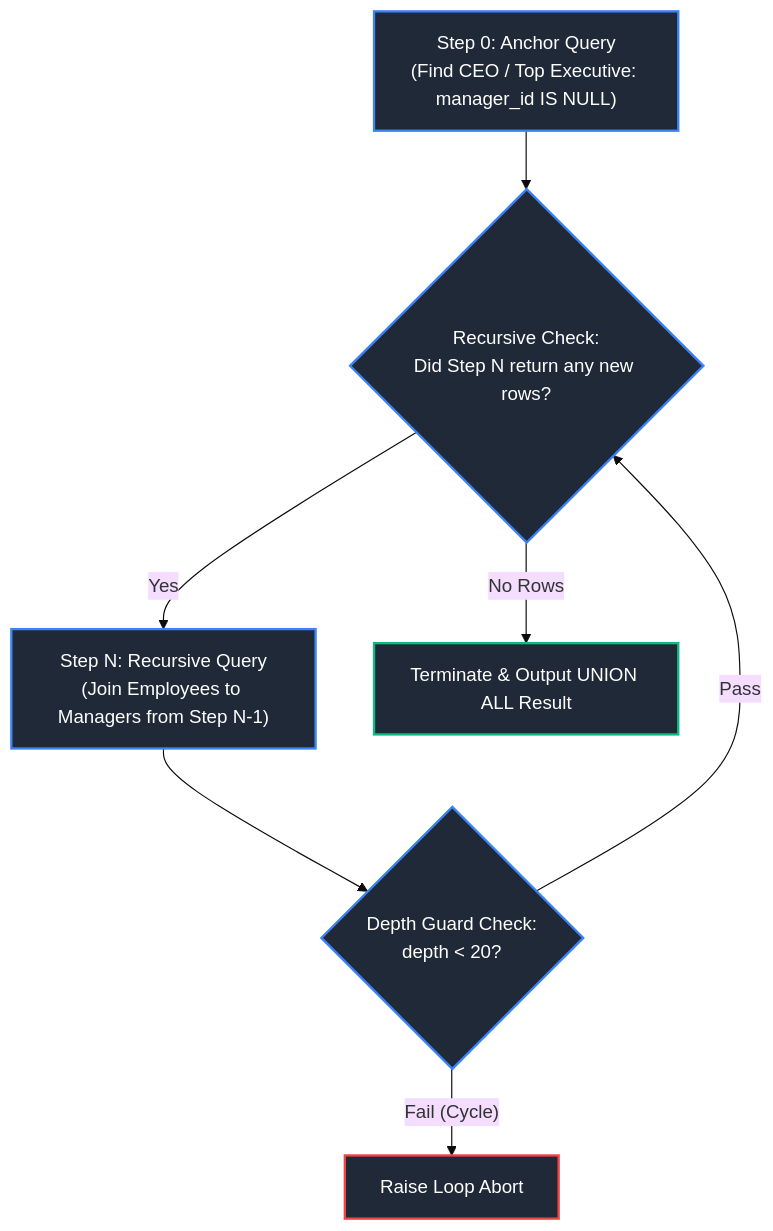
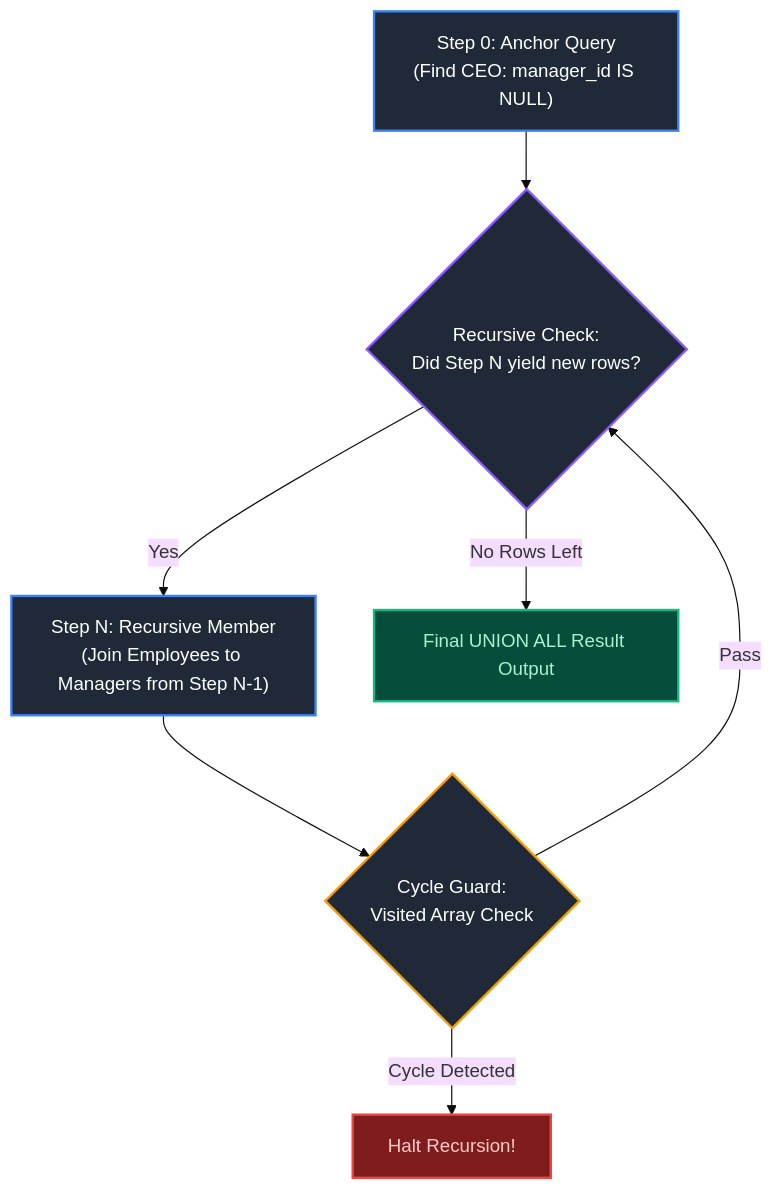
One commit to joydeep-biswas/Interview-Preparation changed the eighth of 12 diagrams in Data Engineering/02_advanced_sql.md. Above: the diagram before and after it, drawn with Mermaid (base theme). The commit also changed other lines of this file and 143 other files, not shown here.

````diff
--- a/Data Engineering/02_advanced_sql.md
+++ b/Data Engineering/02_advanced_sql.md
@@ -509,16 +644,16 @@
 ```mermaid
 flowchart TD
-    Anchor["Step 0: Anchor Query<br/>(Find CEO / Top Executive: manager_id IS NULL)"] --> Loop{"Recursive Check:<br/>Did Step N return any new rows?"}
-    Loop -- Yes --> Rec["Step N: Recursive Query<br/>(Join Employees to Managers from Step N-1)"]
-    Rec --> Depth{"Depth Guard Check:<br/>depth < 20?"}
-    Depth -- Pass --> Loop
-    Depth -- Fail (Cycle) --> Halt["Raise Loop Abort"]
-    Loop -- No Rows --> Output["Terminate & Output UNION ALL Result"]
+    Anchor["Step 0: Anchor Query<br/>(Find CEO: manager_id IS NULL)"] --> Check{"Recursive Check:<br/>Did Step N yield new rows?"}
+    Check -- Yes --> Rec["Step N: Recursive Member<br/>(Join Employees to Managers from Step N-1)"]
+    Rec --> CycleCheck{"Cycle Guard:<br/>Visited Array Check"}
+    CycleCheck -- Pass --> Check
+    CycleCheck -- Cycle Detected --> Abort["Halt Recursion!"]
+    Check -- No Rows Left --> Out["Final UNION ALL Result Output"]
 
     style Anchor fill:#1f2937,stroke:#3b82f6,stroke-width:2px,color:#fff
-    style Loop fill:#1f2937,stroke:#3b82f6,stroke-width:2px,color:#fff
+    style Check fill:#1f2937,stroke:#8b5cf6,stroke-width:2px,color:#fff
     style Rec fill:#1f2937,stroke:#3b82f6,stroke-width:2px,color:#fff
-    style Depth fill:#1f2937,stroke:#3b82f6,stroke-width:2px,color:#fff
-    style Halt fill:#1f2937,stroke:#ef4444,stroke-width:2px,color:#fff
-    style Output fill:#1f2937,stroke:#10b981,stroke-width:2px,color:#fff
+    style CycleCheck fill:#1f2937,stroke:#f59e0b,stroke-width:2px,color:#fff
+    style Abort fill:#7f1d1d,stroke:#ef4444,stroke-width:2px,color:#fecaca
+    style Out fill:#064e3b,stroke:#10b981,stroke-width:2px,color:#a7f3d0
 ```
````
